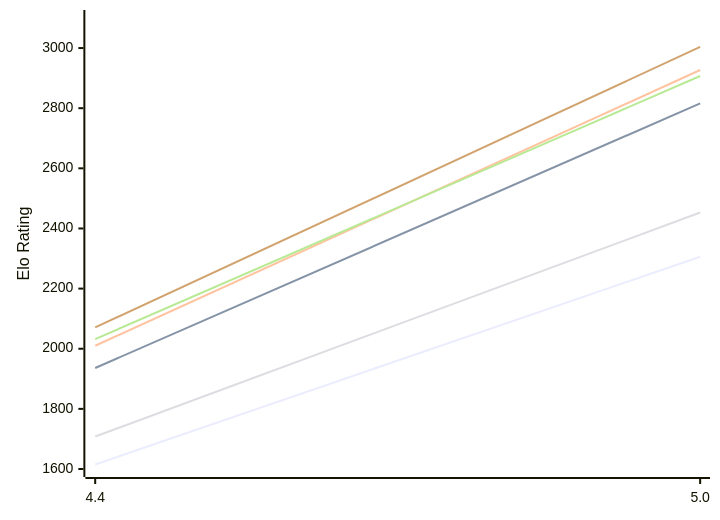
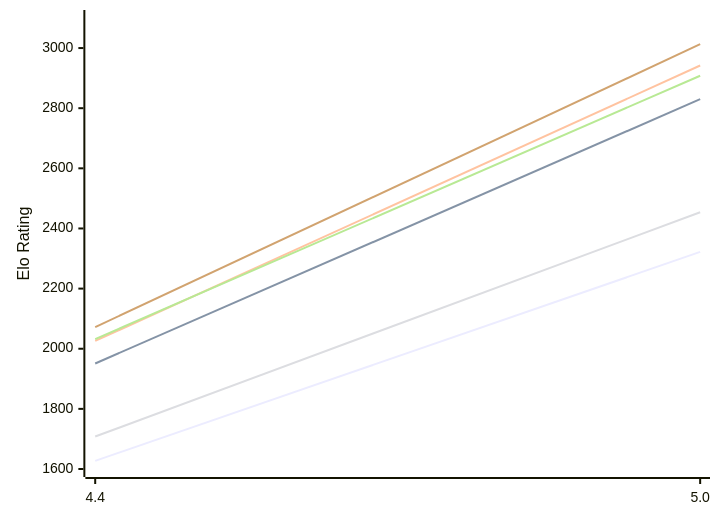
The first of 2 diagrams in engines/Radiance.md (computer-chess-index/cci), drawn with Mermaid before and after one commit. The commit also changed other lines of this file, not shown here.

Commit message:
Update CCI Ratings (ELO VLTC) - 2026-11-11

````diff
--- a/engines/Radiance.md
+++ b/engines/Radiance.md
@@ -51,12 +51,12 @@
 ```mermaid
 %%{init: {"theme":"base","themeVariables":{"seriesColors:['#a3a3a3','#222221','#faa371']}}}%%
 xychart-beta
   x-axis ["4.4", "5.0"]
   y-axis "Elo Rating" 1600 --> 3100
-  line "E1: STC (8.0+0.08s)" [1615, 2306]
-  line "E1: LTC (60.0+0.60s)" [1936, 2816]
-  line "E1: VLTC (2m24s+1.12s)" [2010, 2927]
-  line "P1: STC (8.0+0.08s)" [1708, 2453]
-  line "P1: LTC (60.0+0.60s)" [2032, 2907]
-  line "P1: VLTC (2m24s+1.12s)" [2071, 3004]
+  line "E1: STC (8.0+0.08s)" [1627, 2322]
+  line "E1: LTC (60.0+0.60s)" [1951, 2830]
+  line "E1: VLTC (2m24s+1.12s)" [2026, 2942]
+  line "P1: STC (8.0+0.08s)" [1708, 2454]
+  line "P1: LTC (60.0+0.60s)" [2032, 2908]
+  line "P1: VLTC (2m24s+1.12s)" [2072, 3013]
 ```
````
